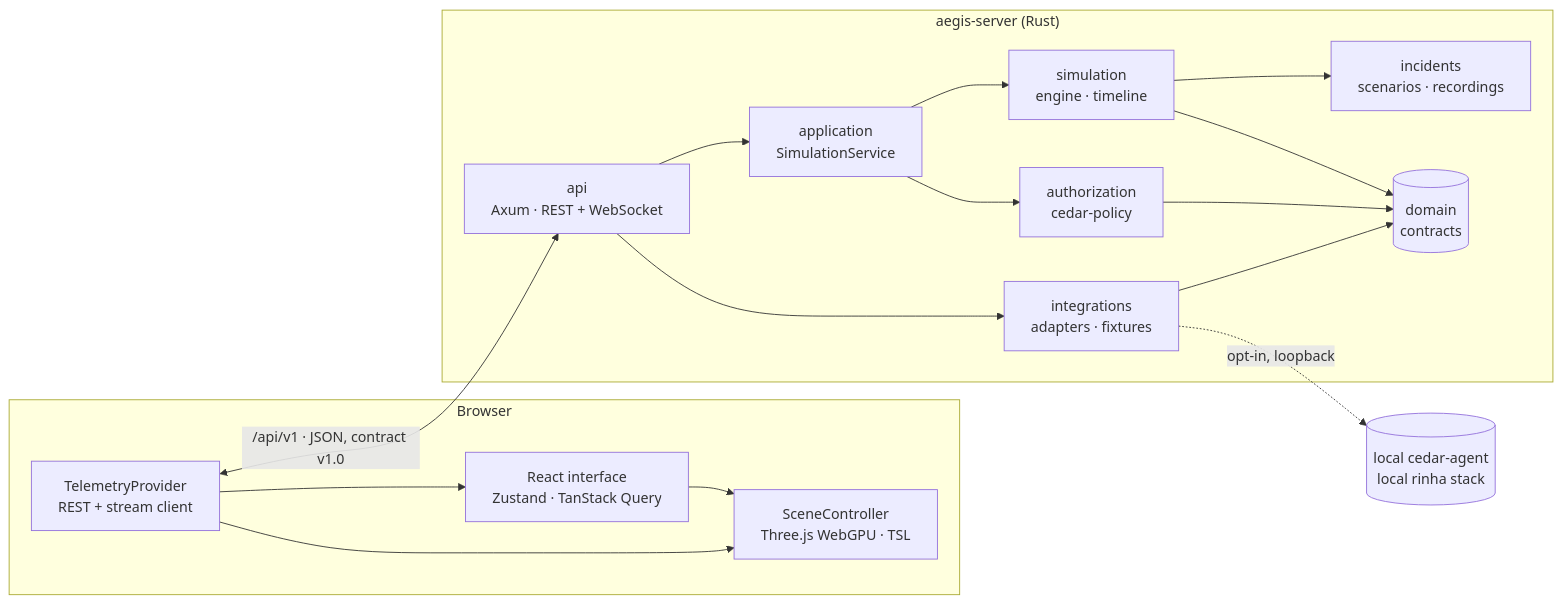
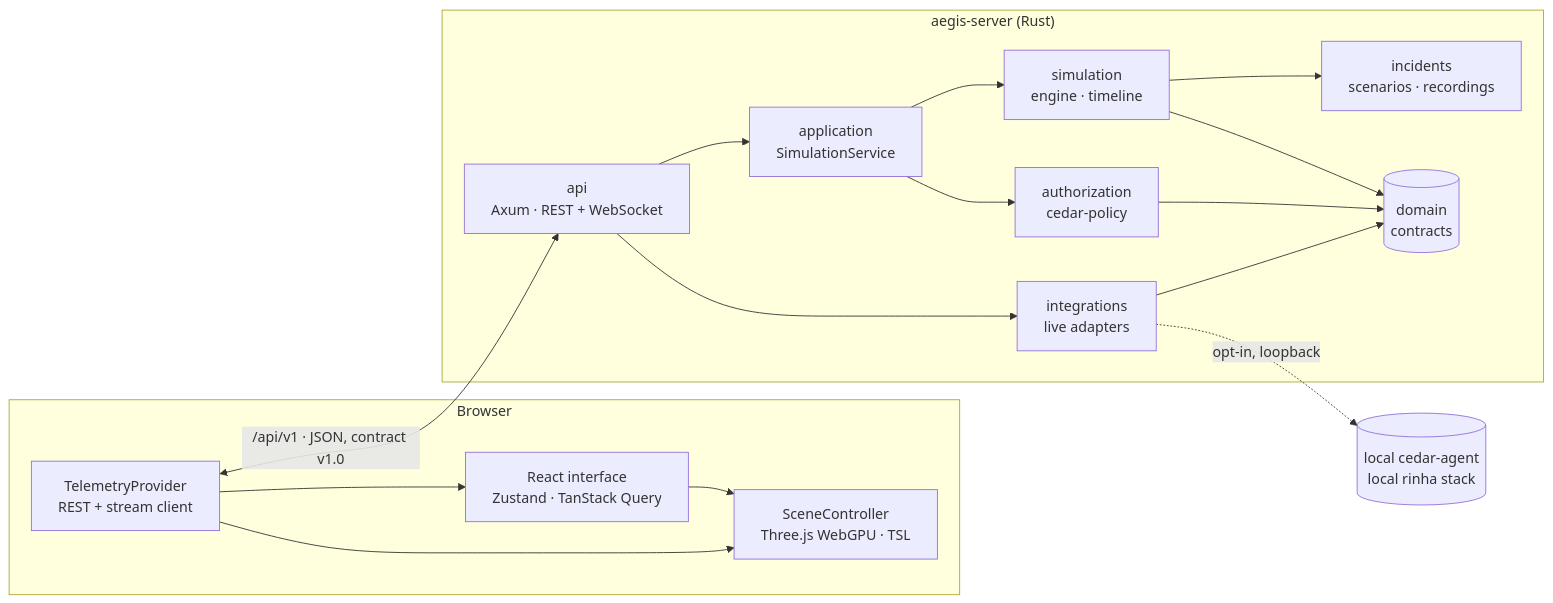
Before and after one commit to cleissonbarbosa/csdt: the first of 2 diagrams in docs/ARCHITECTURE.md, drawn with Mermaid. The commit also changed other lines of this file and 52 other files, not shown here.

````diff
--- a/docs/ARCHITECTURE.md
+++ b/docs/ARCHITECTURE.md
@@ -12,32 +12,32 @@
 ```mermaid
 flowchart LR
   subgraph Browser
     UI[React interface<br/>Zustand · TanStack Query]
     Scene[SceneController<br/>Three.js WebGPU · TSL]
     Provider[TelemetryProvider<br/>REST + stream client]
     UI --> Scene
     Provider --> UI
     Provider --> Scene
   end
 
   subgraph Server["aegis-server (Rust)"]
     API[api<br/>Axum · REST + WebSocket]
     App[application<br/>SimulationService]
     Sim[simulation<br/>engine · timeline]
     Inc[incidents<br/>scenarios · recordings]
     Authz[authorization<br/>cedar-policy]
-    Int[integrations<br/>adapters · fixtures]
+    Int[integrations<br/>live adapters]
     Dom[(domain<br/>contracts)]
     API --> App
     App --> Sim
     App --> Authz
     API --> Int
     Sim --> Inc
     Sim --> Dom
     Authz --> Dom
     Int --> Dom
   end
 
   Provider <-->|"/api/v1 · JSON, contract v1.0"| API
   Int -.opt-in, loopback.-> Local[(local cedar-agent<br/>local rinha stack)]
 ```
````
